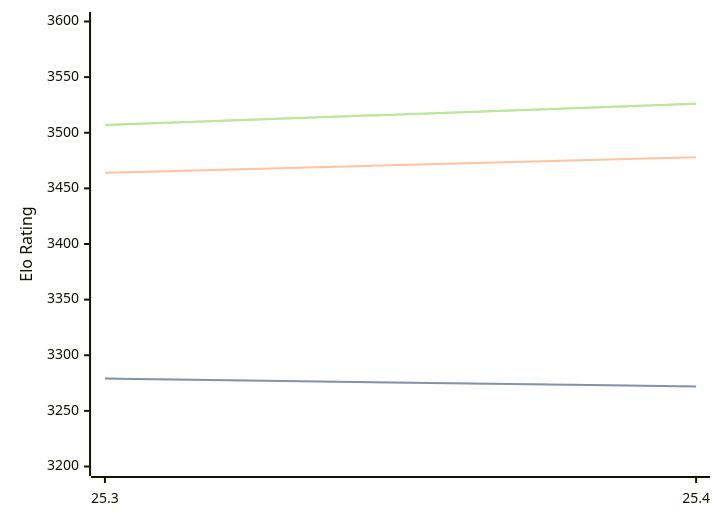
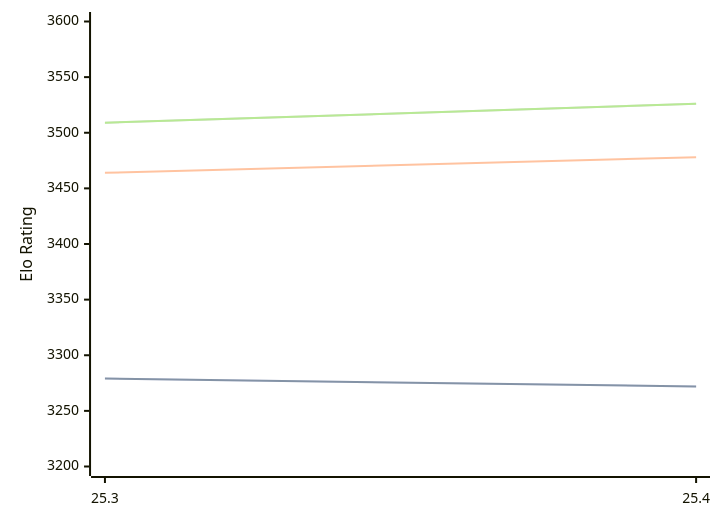
Before and after one commit to computer-chess-index/cci: the diagram in engines/Arasan.md, drawn with Mermaid. The commit also changed other lines of this file, not shown here.

Commit message:
Update CCI Ratings (ELO VLTC) - 2026-04-29

````diff
--- a/engines/Arasan.md
+++ b/engines/Arasan.md
@@ -33,11 +33,11 @@
 ```mermaid
 %%{init: {"theme":"base","themeVariables":{"seriesColors:['#a3a3a3','#222221','#faa371']}}}%%
 xychart-beta
   x-axis ["25.3", "25.4"]
   y-axis "Elo Rating" 3200 --> 3600
   line "STC (8.0+0.08s)" [3279, 3272]
   line "STC (8.0+0.08s)" [3279, 3272]
   line "LTC (60.0+0.60s)" [3464, 3478]
-  line "VLTC (2m24s+1.12s)" [3507, 3526]
-  line "VLTC (2m24s+1.12s)" [3507, 3526]
+  line "VLTC (2m24s+1.12s)" [3509, 3526]
+  line "VLTC (2m24s+1.12s)" [3509, 3526]
 ```
````
